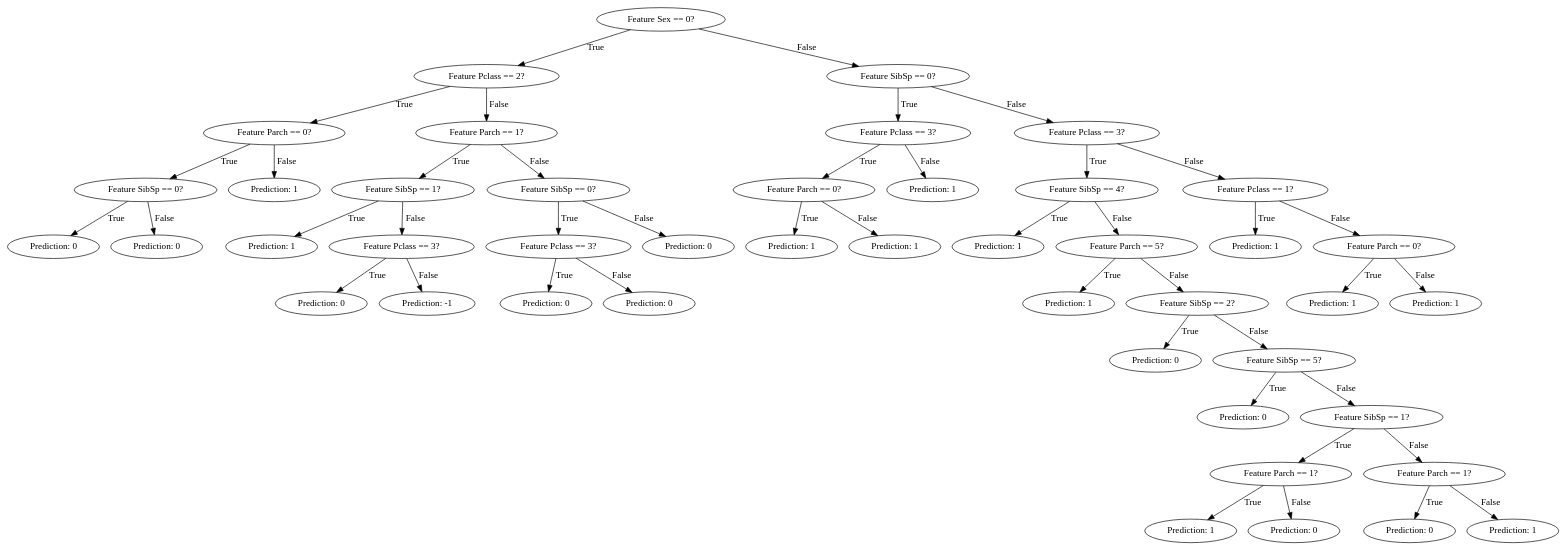
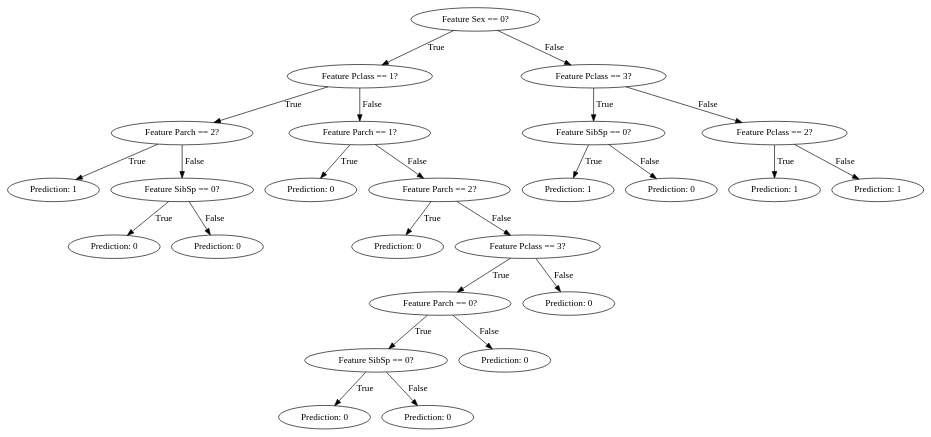
One commit to ansis-m/Decision-Tree-from-Scratch changed the diagram in Decision Tree from Scratch/task/Digraph.gv. Above: the diagram before and after it, drawn with Graphviz. The commit also changed 8 other files, not shown here.

```diff
--- a/Decision Tree from Scratch/task/Digraph.gv
+++ b/Decision Tree from Scratch/task/Digraph.gv
@@ -1,91 +1,51 @@
 digraph {
-	1353755223184 [label="Feature Sex == 0?"]
-	1353755225344 [label="Feature Pclass == 2?"]
-	1353755280816 [label="Feature Parch == 0?"]
-	1353755283264 [label="Feature SibSp == 0?"]
-	1353755282832 [label="Prediction: 0"]
-	1353755283264 -> 1353755282832 [label=True]
-	1353755282016 [label="Prediction: 0"]
-	1353755283264 -> 1353755282016 [label=False]
-	1353755280816 -> 1353755283264 [label=True]
-	1353755281632 [label="Prediction: 1"]
-	1353755280816 -> 1353755281632 [label=False]
-	1353755225344 -> 1353755280816 [label=True]
-	1353755281584 [label="Feature Parch == 1?"]
-	1353755333056 [label="Feature SibSp == 1?"]
-	1353755283408 [label="Prediction: 1"]
-	1353755333056 -> 1353755283408 [label=True]
-	1353755335936 [label="Feature Pclass == 3?"]
-	1353755335408 [label="Prediction: 0"]
-	1353755335936 -> 1353755335408 [label=True]
-	1353755335984 [label="Prediction: -1"]
-	1353755335936 -> 1353755335984 [label=False]
-	1353755333056 -> 1353755335936 [label=False]
-	1353755281584 -> 1353755333056 [label=True]
-	1353755335264 [label="Feature SibSp == 0?"]
-	1353755336416 [label="Feature Pclass == 3?"]
-	1353755336320 [label="Prediction: 0"]
-	1353755336416 -> 1353755336320 [label=True]
-	1353755336608 [label="Prediction: 0"]
-	1353755336416 -> 1353755336608 [label=False]
-	1353755335264 -> 1353755336416 [label=True]
-	1353755334112 [label="Prediction: 0"]
-	1353755335264 -> 1353755334112 [label=False]
-	1353755281584 -> 1353755335264 [label=False]
-	1353755225344 -> 1353755281584 [label=False]
-	1353755223184 -> 1353755225344 [label=True]
-	1353755224240 [label="Feature SibSp == 0?"]
-	1353755281824 [label="Feature Pclass == 3?"]
-	1353755334016 [label="Feature Parch == 0?"]
-	1353755281680 [label="Prediction: 1"]
-	1353755334016 -> 1353755281680 [label=True]
-	1353755335312 [label="Prediction: 1"]
-	1353755334016 -> 1353755335312 [label=False]
-	1353755281824 -> 1353755334016 [label=True]
-	1353755281920 [label="Prediction: 1"]
-	1353755281824 -> 1353755281920 [label=False]
-	1353755224240 -> 1353755281824 [label=True]
-	1353755282784 [label="Feature Pclass == 3?"]
-	1353755332768 [label="Feature SibSp == 4?"]
-	1353755334304 [label="Prediction: 1"]
-	1353755332768 -> 1353755334304 [label=True]
-	1353755366544 [label="Feature Parch == 5?"]
-	1353755366400 [label="Prediction: 1"]
-	1353755366544 -> 1353755366400 [label=True]
-	1353755368128 [label="Feature SibSp == 2?"]
-	1353755369088 [label="Prediction: 0"]
-	1353755368128 -> 1353755369088 [label=True]
-	1353755408896 [label="Feature SibSp == 5?"]
-	1353755408752 [label="Prediction: 0"]
-	1353755408896 -> 1353755408752 [label=True]
-	1353755423984 [label="Feature SibSp == 1?"]
-	1353755426624 [label="Feature Parch == 1?"]
-	1353755426000 [label="Prediction: 1"]
-	1353755426624 -> 1353755426000 [label=True]
-	1353755426432 [label="Prediction: 0"]
-	1353755426624 -> 1353755426432 [label=False]
-	1353755423984 -> 1353755426624 [label=True]
-	1353755480320 [label="Feature Parch == 1?"]
-	1353755426768 [label="Prediction: 0"]
-	1353755480320 -> 1353755426768 [label=True]
-	1353755425520 [label="Prediction: 1"]
-	1353755480320 -> 1353755425520 [label=False]
-	1353755423984 -> 1353755480320 [label=False]
-	1353755408896 -> 1353755423984 [label=False]
-	1353755368128 -> 1353755408896 [label=False]
-	1353755366544 -> 1353755368128 [label=False]
-	1353755332768 -> 1353755366544 [label=False]
-	1353755282784 -> 1353755332768 [label=True]
-	1353755336272 [label="Feature Pclass == 1?"]
-	1353755333344 [label="Prediction: 1"]
-	1353755336272 -> 1353755333344 [label=True]
-	1353755368704 [label="Feature Parch == 0?"]
-	1353755368992 [label="Prediction: 1"]
-	1353755368704 -> 1353755368992 [label=True]
-	1353755366736 [label="Prediction: 1"]
-	1353755368704 -> 1353755366736 [label=False]
-	1353755336272 -> 1353755368704 [label=False]
-	1353755282784 -> 1353755336272 [label=False]
-	1353755224240 -> 1353755282784 [label=False]
-	1353755223184 -> 1353755224240 [label=False]
+	2315927277632 [label="Feature Sex == 0?"]
+	2315927561072 [label="Feature Pclass == 1?"]
+	2315927563616 [label="Feature Parch == 2?"]
+	2315927560352 [label="Prediction: 1"]
+	2315927563616 -> 2315927560352 [label=True]
+	2315927669248 [label="Feature SibSp == 0?"]
+	2315927667472 [label="Prediction: 0"]
+	2315927669248 -> 2315927667472 [label=True]
+	2315927668576 [label="Prediction: 0"]
+	2315927669248 -> 2315927668576 [label=False]
+	2315927563616 -> 2315927669248 [label=False]
+	2315927561072 -> 2315927563616 [label=True]
+	2315927667712 [label="Feature Parch == 1?"]
+	2315927562944 [label="Prediction: 0"]
+	2315927667712 -> 2315927562944 [label=True]
+	2315927670016 [label="Feature Parch == 2?"]
+	2315927668288 [label="Prediction: 0"]
+	2315927670016 -> 2315927668288 [label=True]
+	2315927697248 [label="Feature Pclass == 3?"]
+	2315927733488 [label="Feature Parch == 0?"]
+	2315927735408 [label="Feature SibSp == 0?"]
+	2315927734736 [label="Prediction: 0"]
+	2315927735408 -> 2315927734736 [label=True]
+	2315927734640 [label="Prediction: 0"]
+	2315927735408 -> 2315927734640 [label=False]
+	2315927733488 -> 2315927735408 [label=True]
+	2315927699168 [label="Prediction: 0"]
+	2315927733488 -> 2315927699168 [label=False]
+	2315927697248 -> 2315927733488 [label=True]
+	2315927696864 [label="Prediction: 0"]
+	2315927697248 -> 2315927696864 [label=False]
+	2315927670016 -> 2315927697248 [label=False]
+	2315927667712 -> 2315927670016 [label=False]
+	2315927561072 -> 2315927667712 [label=False]
+	2315927277632 -> 2315927561072 [label=True]
+	2315927563664 [label="Feature Pclass == 3?"]
+	2315927668528 [label="Feature SibSp == 0?"]
+	2315927561600 [label="Prediction: 1"]
+	2315927668528 -> 2315927561600 [label=True]
+	2315927668624 [label="Prediction: 0"]
+	2315927668528 -> 2315927668624 [label=False]
+	2315927563664 -> 2315927668528 [label=True]
+	2315927670064 [label="Feature Pclass == 2?"]
+	2315927667808 [label="Prediction: 1"]
+	2315927670064 -> 2315927667808 [label=True]
+	2315927667184 [label="Prediction: 1"]
+	2315927670064 -> 2315927667184 [label=False]
+	2315927563664 -> 2315927670064 [label=False]
+	2315927277632 -> 2315927563664 [label=False]
 }
```
